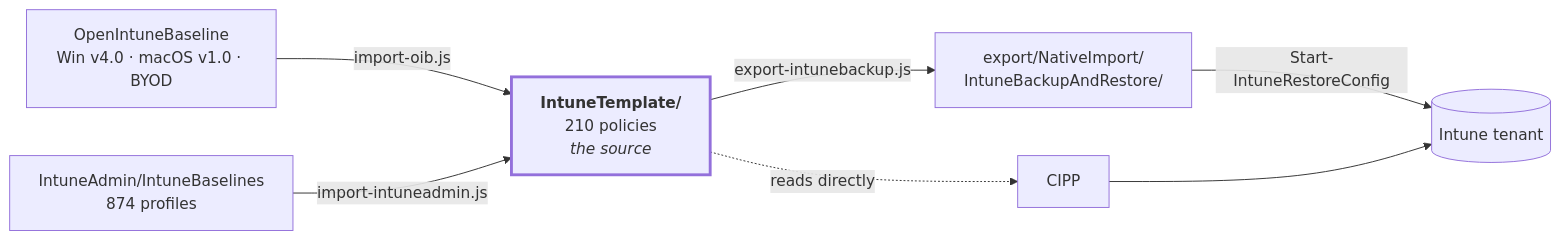
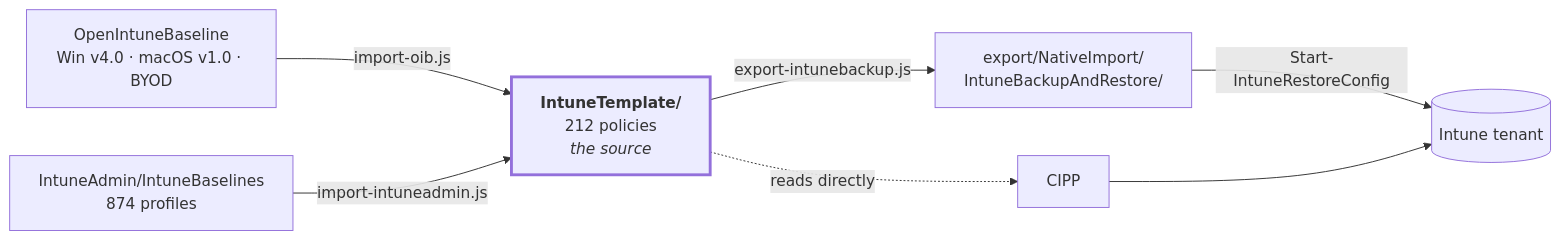
The diagram in README.en.md (sjkanon/IntuneBackup), drawn with Mermaid before and after one commit. The commit also changed other lines of this file and 38 other files, not shown here.

````diff
--- a/README.en.md
+++ b/README.en.md
@@ -20,17 +20,17 @@
 ```mermaid
 flowchart LR
   OIB["OpenIntuneBaseline<br/>Win v4.0 · macOS v1.0 · BYOD"]
-  T["<b>IntuneTemplate/</b><br/>210 policies<br/><i>the source</i>"]
+  T["<b>IntuneTemplate/</b><br/>212 policies<br/><i>the source</i>"]
   EX["export/NativeImport/<br/>IntuneBackupAndRestore/"]
   TENANT[("Intune tenant")]
 
   OIB -->|import-oib.js| T
   T -->|export-intunebackup.js| EX
   T -.->|reads directly| CIPP[CIPP]
   EX -->|Start-IntuneRestoreConfig| TENANT
   CIPP --> TENANT
 
   IA["IntuneAdmin/IntuneBaselines<br/>874 profiles"] -->|import-intuneadmin.js| T
 
   style T stroke-width:3px
 ```
````
